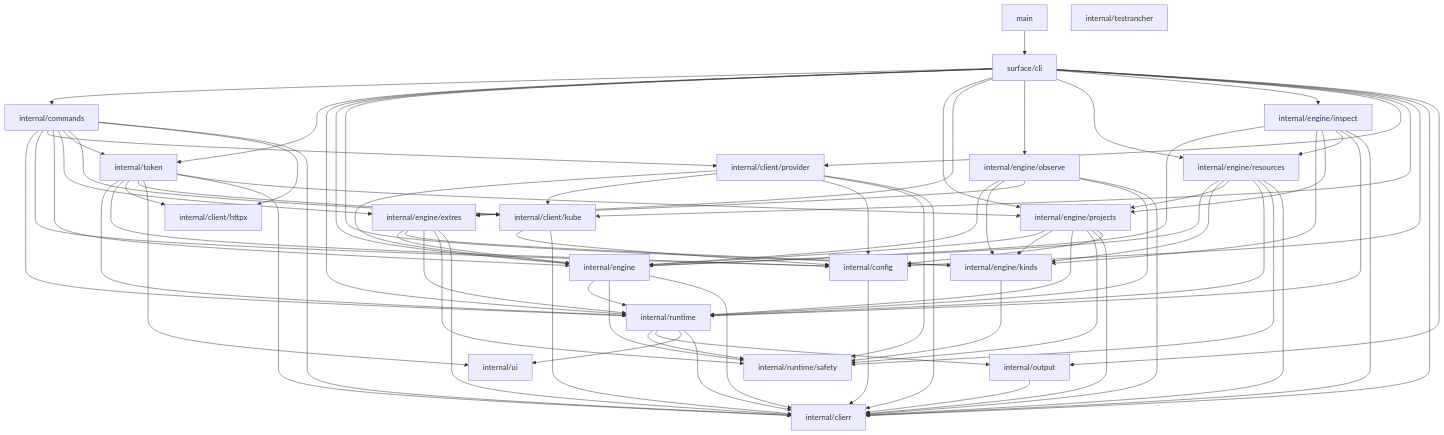
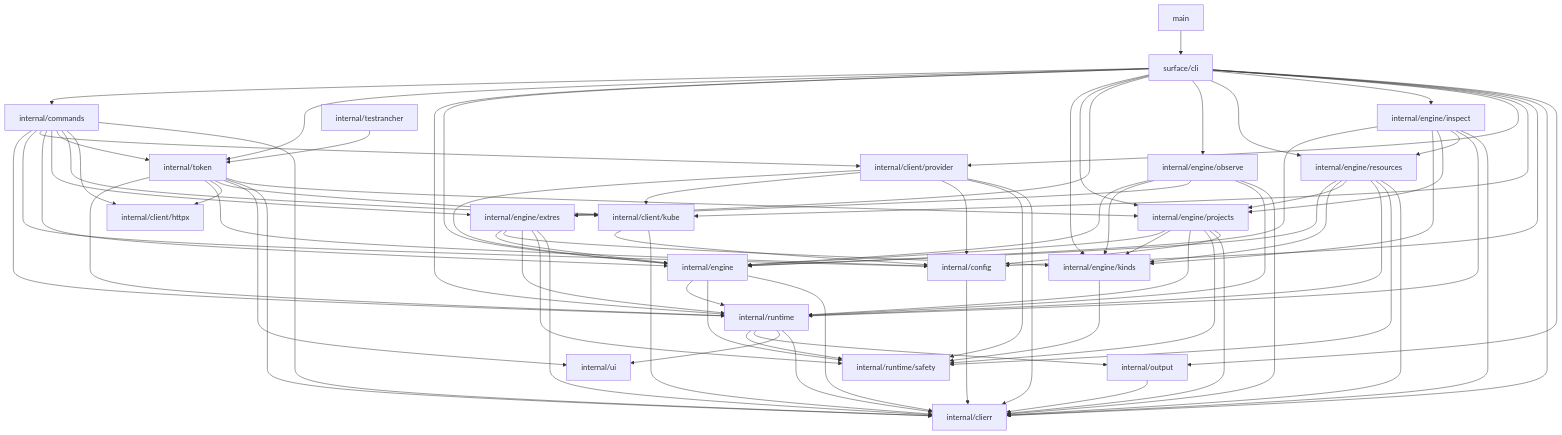
One commit to rancher/rancher-cli changed the diagram in ARCHITECTURE.md. Above: the diagram before and after it, drawn with Mermaid. The commit also changed 3 other files, not shown here.

````diff
--- a/ARCHITECTURE.md
+++ b/ARCHITECTURE.md
@@ -183,4 +183,6 @@
     config --> clierr
 
     output --> clierr
+
+    testrancher --> token
 ```
````
